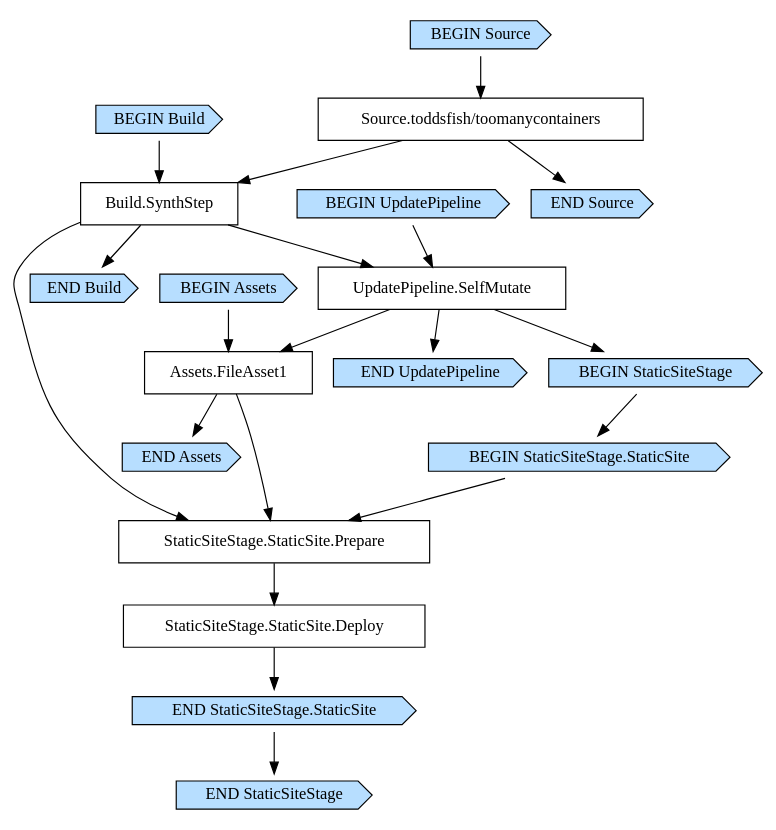
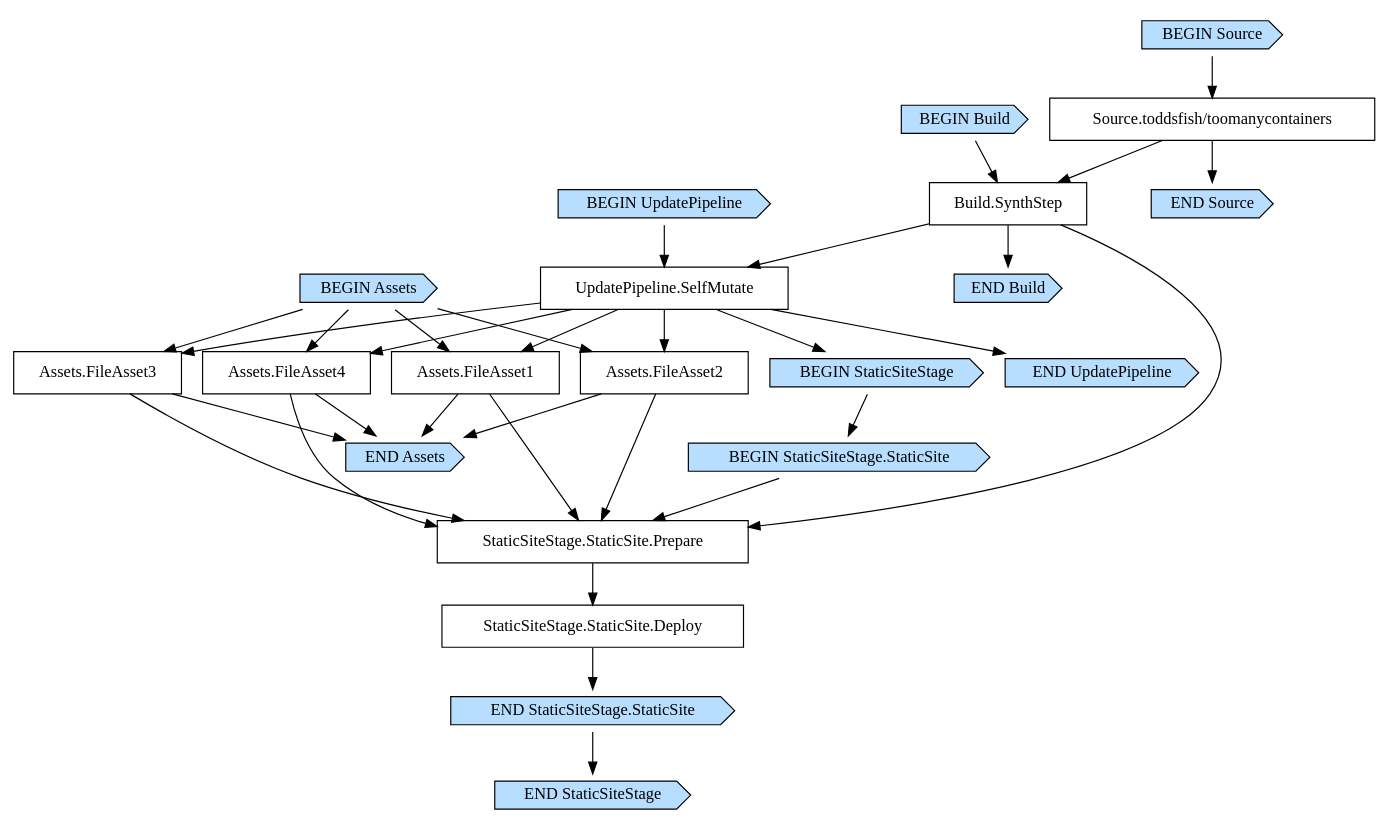
The diagram in infra/cdk.out/PipelineStackPipeline9DB740AF.dot (toddsfish/toomanycontainers), drawn with Graphviz before and after one commit. The commit also changed 19 other files, not shown here.

```diff
--- a/infra/cdk.out/PipelineStackPipeline9DB740AF.dot
+++ b/infra/cdk.out/PipelineStackPipeline9DB740AF.dot
@@ -1,44 +1,59 @@
 digraph G {
   # Arrows represent an "unlocks" relationship (opposite of dependency). So chosen
   # because the layout looks more natural that way.
   # To represent subgraph dependencies, subgraphs are represented by BEGIN/END nodes.
   # To render: `dot -Tsvg PipelineStackPipeline9DB740AF.dot > graph.svg`, open in a browser.
   node [shape="box"];
 "BEGIN Build" [shape="cds", style="filled", fillcolor="#b7deff"];
 "END Build" [shape="cds", style="filled", fillcolor="#b7deff"];
 "Build.SynthStep";
 "Source.toddsfish/toomanycontainers" -> "Build.SynthStep";
 "BEGIN Build" -> "Build.SynthStep";
 "Build.SynthStep" -> "END Build";
 "BEGIN UpdatePipeline" [shape="cds", style="filled", fillcolor="#b7deff"];
 "END UpdatePipeline" [shape="cds", style="filled", fillcolor="#b7deff"];
 "UpdatePipeline.SelfMutate";
 "Build.SynthStep" -> "UpdatePipeline.SelfMutate";
 "BEGIN UpdatePipeline" -> "UpdatePipeline.SelfMutate";
 "UpdatePipeline.SelfMutate" -> "END UpdatePipeline";
 "BEGIN Assets" [shape="cds", style="filled", fillcolor="#b7deff"];
 "END Assets" [shape="cds", style="filled", fillcolor="#b7deff"];
 "Assets.FileAsset1";
 "UpdatePipeline.SelfMutate" -> "Assets.FileAsset1";
+"Assets.FileAsset2";
+"UpdatePipeline.SelfMutate" -> "Assets.FileAsset2";
+"Assets.FileAsset3";
+"UpdatePipeline.SelfMutate" -> "Assets.FileAsset3";
+"Assets.FileAsset4";
+"UpdatePipeline.SelfMutate" -> "Assets.FileAsset4";
 "BEGIN Assets" -> "Assets.FileAsset1";
+"BEGIN Assets" -> "Assets.FileAsset2";
+"BEGIN Assets" -> "Assets.FileAsset3";
+"BEGIN Assets" -> "Assets.FileAsset4";
 "Assets.FileAsset1" -> "END Assets";
+"Assets.FileAsset2" -> "END Assets";
+"Assets.FileAsset3" -> "END Assets";
+"Assets.FileAsset4" -> "END Assets";
 "BEGIN StaticSiteStage" [shape="cds", style="filled", fillcolor="#b7deff"];
 "END StaticSiteStage" [shape="cds", style="filled", fillcolor="#b7deff"];
 "UpdatePipeline.SelfMutate" -> "BEGIN StaticSiteStage";
 "BEGIN StaticSiteStage.StaticSite" [shape="cds", style="filled", fillcolor="#b7deff"];
 "END StaticSiteStage.StaticSite" [shape="cds", style="filled", fillcolor="#b7deff"];
 "StaticSiteStage.StaticSite.Deploy";
 "StaticSiteStage.StaticSite.Prepare" -> "StaticSiteStage.StaticSite.Deploy";
 "StaticSiteStage.StaticSite.Prepare";
 "Build.SynthStep" -> "StaticSiteStage.StaticSite.Prepare";
 "Assets.FileAsset1" -> "StaticSiteStage.StaticSite.Prepare";
+"Assets.FileAsset2" -> "StaticSiteStage.StaticSite.Prepare";
+"Assets.FileAsset3" -> "StaticSiteStage.StaticSite.Prepare";
+"Assets.FileAsset4" -> "StaticSiteStage.StaticSite.Prepare";
 "BEGIN StaticSiteStage.StaticSite" -> "StaticSiteStage.StaticSite.Prepare";
 "StaticSiteStage.StaticSite.Deploy" -> "END StaticSiteStage.StaticSite";
 "BEGIN StaticSiteStage" -> "BEGIN StaticSiteStage.StaticSite";
 "END StaticSiteStage.StaticSite" -> "END StaticSiteStage";
 "BEGIN Source" [shape="cds", style="filled", fillcolor="#b7deff"];
 "END Source" [shape="cds", style="filled", fillcolor="#b7deff"];
 "Source.toddsfish/toomanycontainers";
 "BEGIN Source" -> "Source.toddsfish/toomanycontainers";
 "Source.toddsfish/toomanycontainers" -> "END Source";
 }
```
